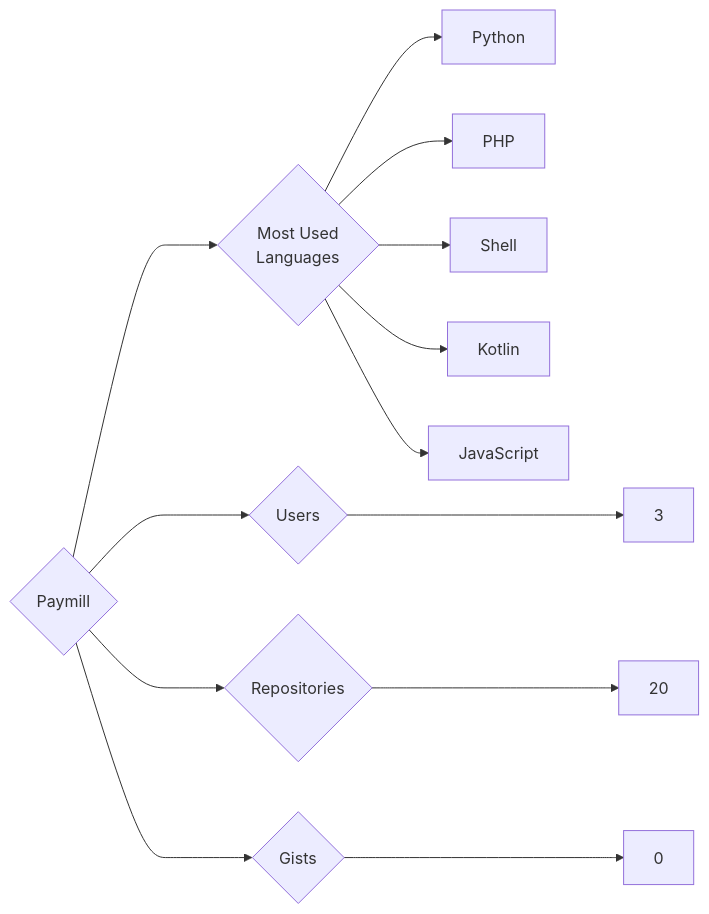
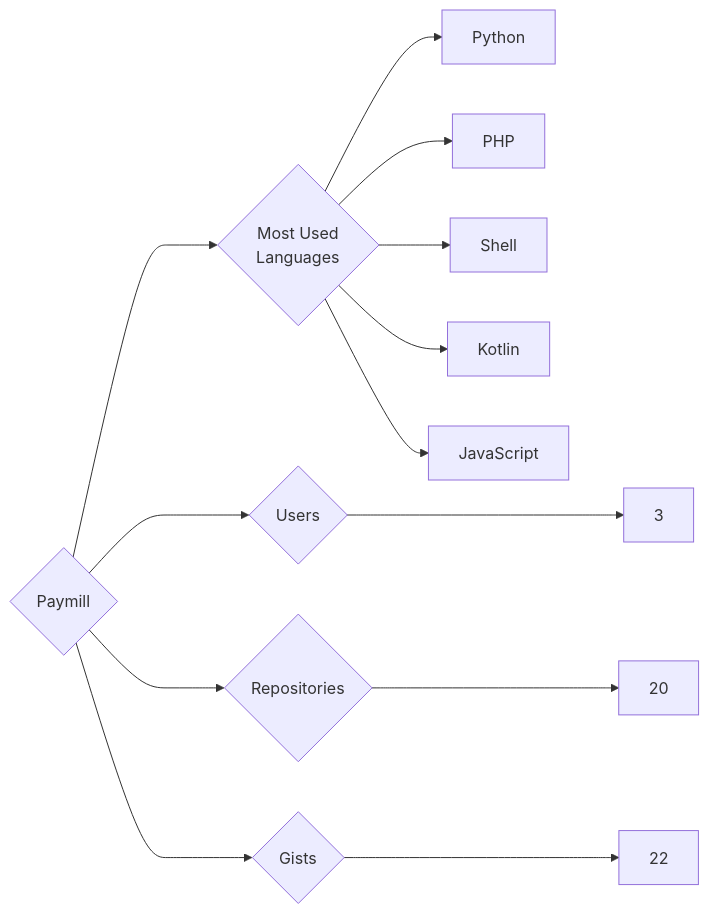
Before and after one commit to trickest/insiders: the diagram in targets/Paymill/README.md, drawn with Mermaid. The commit also changed 997 other files, not shown here.

````diff
--- a/targets/Paymill/README.md
+++ b/targets/Paymill/README.md
@@ -3,13 +3,13 @@
 ```mermaid
 graph LR
 COMPANY_NAME{Paymill}
 COMPANY_NAME ---> U{Users} ---> UN[3]
 COMPANY_NAME ---> R{Repositories} ---> RN[20]
-COMPANY_NAME ---> G{Gists} ---> GN[0]
+COMPANY_NAME ---> G{Gists} ---> GN[22]
 COMPANY_NAME ---> ML{Most Used<br>Languages}
-ML --> Python
-ML --> PHP
-ML --> Shell
-ML --> Kotlin
-ML --> JavaScript
+ML --> Python[Python]
+ML --> PHP[PHP]
+ML --> Shell[Shell]
+ML --> Kotlin[Kotlin]
+ML --> JavaScript[JavaScript]
 ```
````
